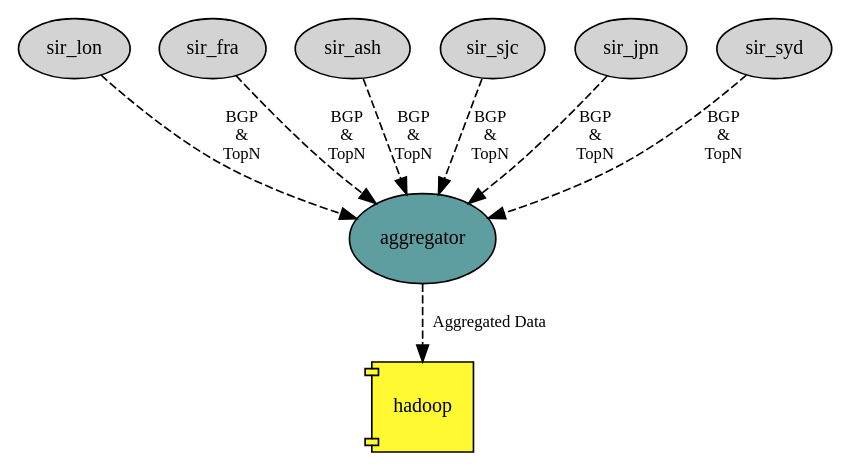
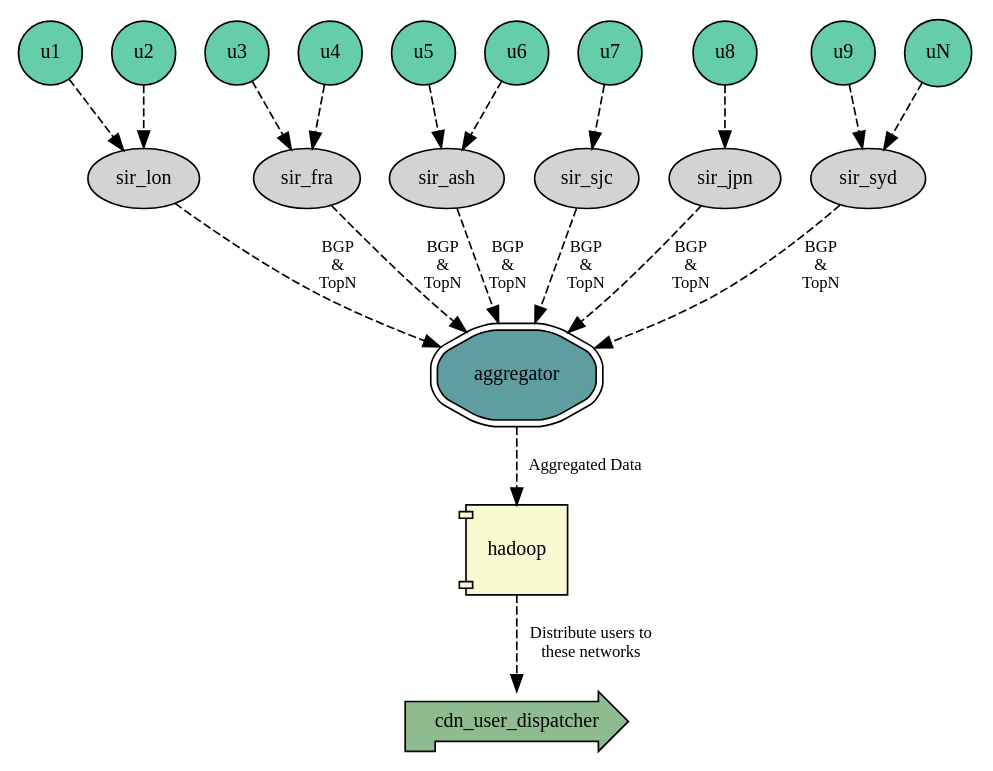
One commit to dbarrosop/sir changed the diagram in docs/use_cases/sdcdn.dot. Above: the diagram before and after it, drawn with Graphviz. The commit also changed 2 other files, not shown here.

```diff
--- a/docs/use_cases/sdcdn.dot
+++ b/docs/use_cases/sdcdn.dot
@@ -1,17 +1,31 @@
 digraph SIR {
     graph [truecolor=True, bgcolor="#ffffff5f"]
     node [shape="ellipse", style="rounded,filled", fontname="Source Code Pro", fontsize=12]
     edge [fontname="Source Code Pro", fontsize=10, style=dashed]
 
-    aggregator[fillcolor="#5F9EA0", height=0.75, width=0.75];
-    hadoop[shape="component", fillcolor="#FFF931", height=0.75, width=0.75];
+    aggregator[shape="doubleoctagon", fillcolor="#5F9EA0", height=0.75, width=0.75];
+    hadoop[shape="component", fillcolor="#FAFAD2", height=0.75, width=0.75];
+    cdn_user_dispatcher[shape="rpromoter", fillcolor="#8FBC8F"];
+    u1, u2, u3, u4, u5, u6, u7, u8, u9, uN[shape="circle", fillcolor="#66CDAA"];
+    u1 -> sir_lon
+    u2 -> sir_lon
+    u3 -> sir_fra
+    u4 -> sir_fra
+    u5 -> sir_ash
+    u6 -> sir_ash
+    u7 -> sir_sjc
+    u8 -> sir_jpn
+    u9 -> sir_syd
+    uN -> sir_syd
 
     sir_lon -> aggregator[label="BGP\n&\nTopN"];
     sir_fra -> aggregator[label="BGP\n&\nTopN"];
     sir_ash -> aggregator[label="BGP\n&\nTopN"];
     sir_sjc -> aggregator[label="BGP\n&\nTopN"];
     sir_jpn -> aggregator[label="BGP\n&\nTopN"];
     sir_syd -> aggregator[label="BGP\n&\nTopN"];
 
-    aggregator -> hadoop[label="Aggregated Data"];
+    aggregator -> hadoop[label=" Aggregated Data"];
+
+    hadoop -> cdn_user_dispatcher[label=" Distribute users to\nthese networks"];
 }
```
